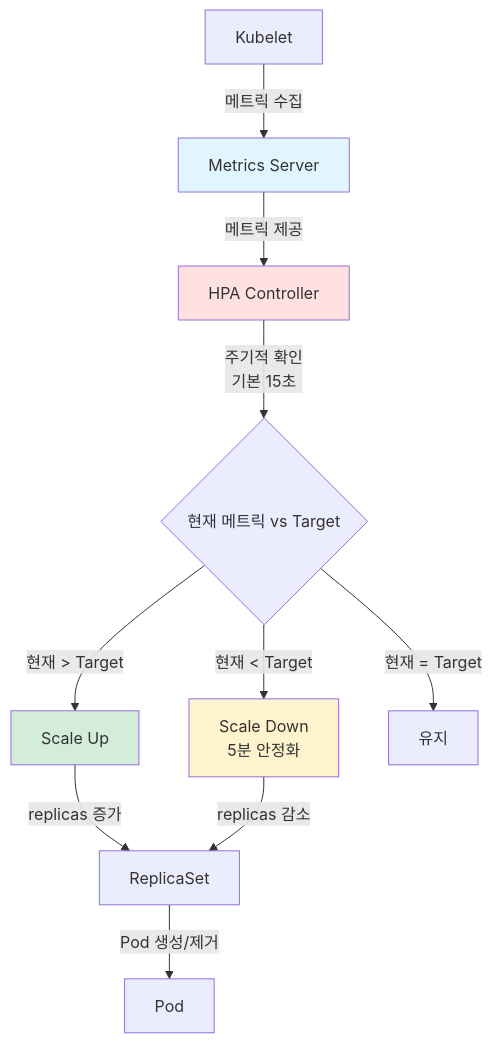
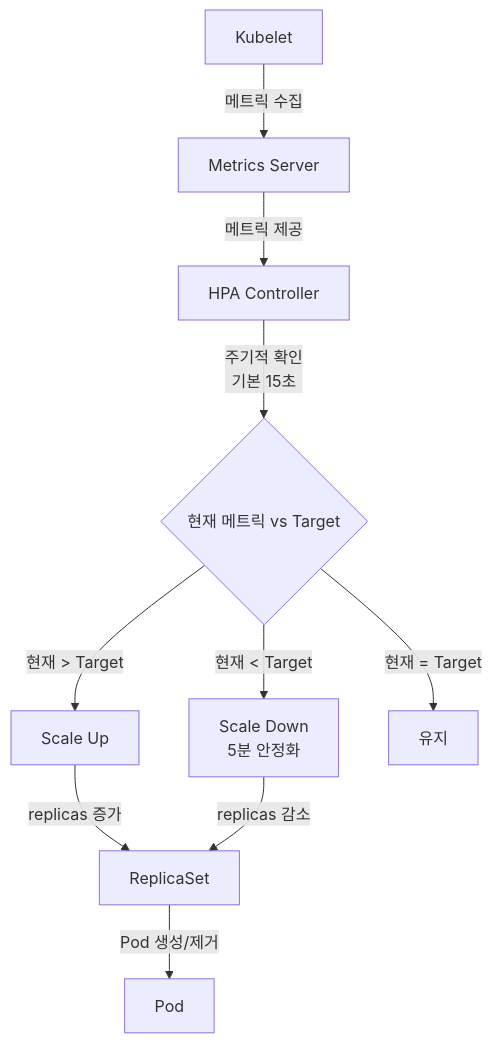
The first of 7 diagrams in docs/eks/week3-scaling.md (juwon8891/juwon8891.github.io), drawn with Mermaid before and after one commit. The commit also changed other lines of this file and 18 other files, not shown here.

Commit message:
Remove bright colors from Mermaid diagrams for dark mode compatibility

````diff
--- a/docs/eks/week3-scaling.md
+++ b/docs/eks/week3-scaling.md
@@ -305,17 +305,13 @@
 ```mermaid
 graph TD
     A[Kubelet] -->|메트릭 수집| B[Metrics Server]
     B -->|메트릭 제공| C[HPA Controller]
     C -->|주기적 확인<br/>기본 15초| D{현재 메트릭 vs Target}
     D -->|현재 > Target| E[Scale Up]
     D -->|현재 < Target| F[Scale Down<br/>5분 안정화]
     D -->|현재 = Target| G[유지]
     E -->|replicas 증가| H[ReplicaSet]
     F -->|replicas 감소| H
     H -->|Pod 생성/제거| I[Pod]
 
-    style B fill:#e1f5ff
-    style C fill:#ffe1e1
-    style E fill:#d4edda
-    style F fill:#fff3cd
 ```
````
